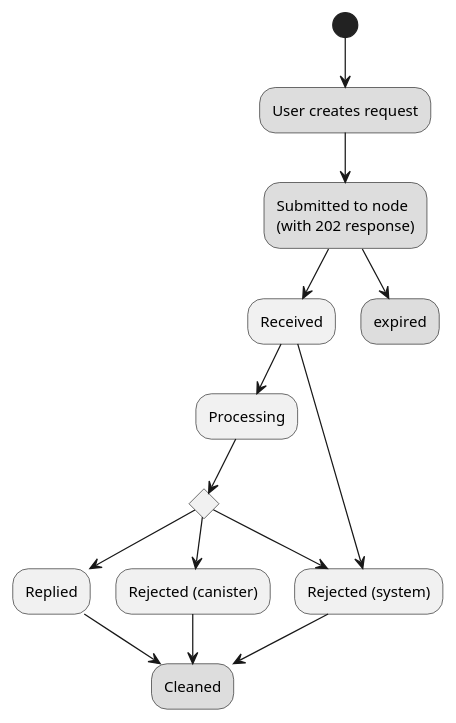
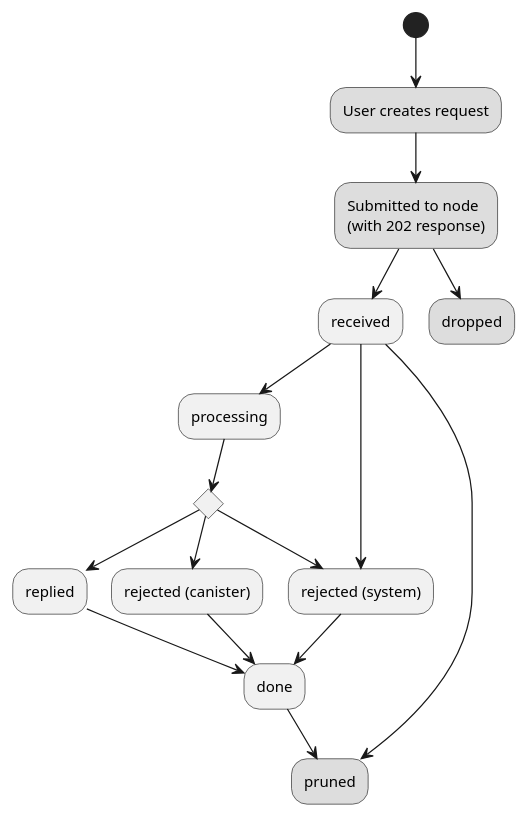
Before and after one commit to dfinity/interface-spec: the second of 2 diagrams in spec/index.adoc, drawn with PlantUML. The commit also changed other lines of this file and 2 other files, not shown here.

```diff
--- a/spec/index.adoc
+++ b/spec/index.adoc
@@ -205,20 +206,23 @@
 [plantuml]
 ....
 (*) --> "User creates request" #DDDDDD
    --> "Submitted to node\n(with 202 response)" as submit #DDDDDD
-   --> "Received"
-   --> "Processing"
+   --> "received"
+   --> "processing"
 if "" as X then
-  --> "Replied"
-  --> "Cleaned" #DDDDDD
+  --> "replied"
+  --> "done"
   else
-  --> "Rejected (canister)"
-  --> "Cleaned" #DDDDDD
+  --> "rejected (canister)"
+  --> "done"
 
-  "X"        --> "Rejected (system)"
-  "Received" --> "Rejected (system)"
-             --> "Cleaned" #DDDDDD
+  "X"        --> "rejected (system)"
+  "received" --> "rejected (system)"
+             --> "done"
 
-  "submit" --> "expired" #DDDDDD
+  "received" --> "pruned" #DDDDDD
+  "submit" --> "dropped" #DDDDDD
+  "done" --> "pruned" #DDDDDD
+
 endif
 ....
```
